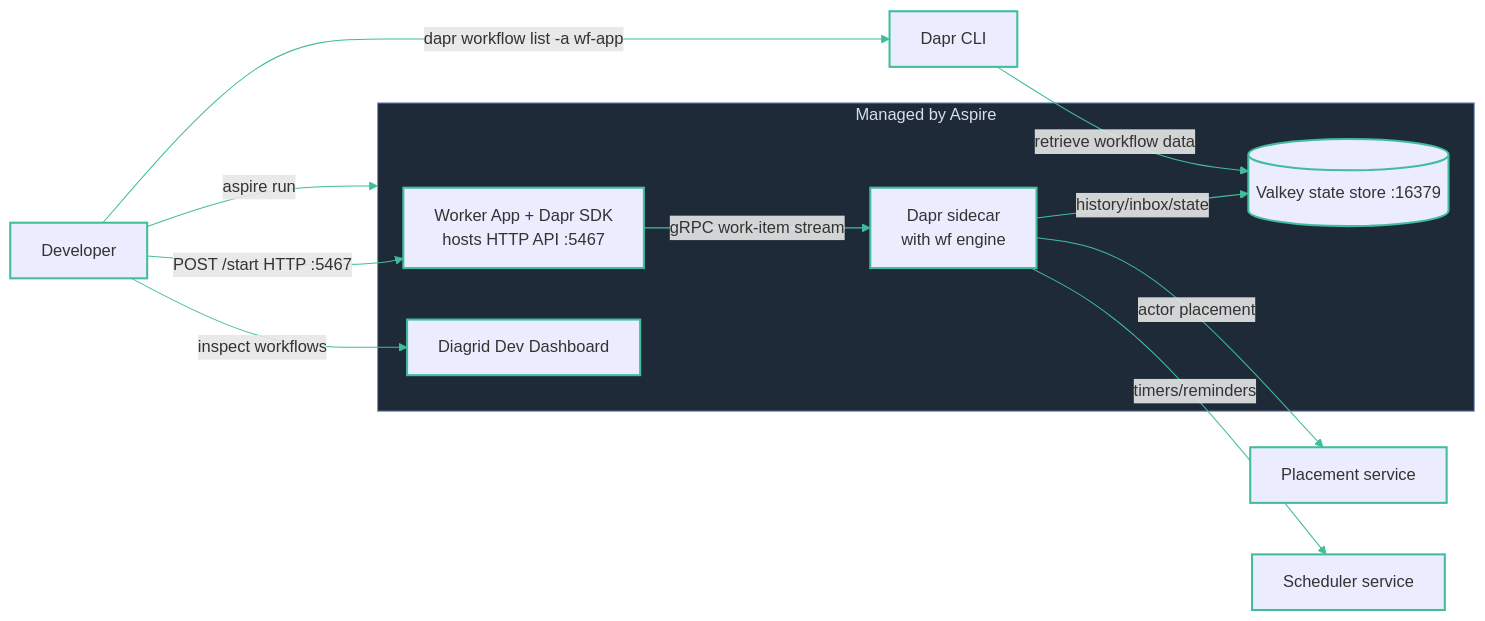
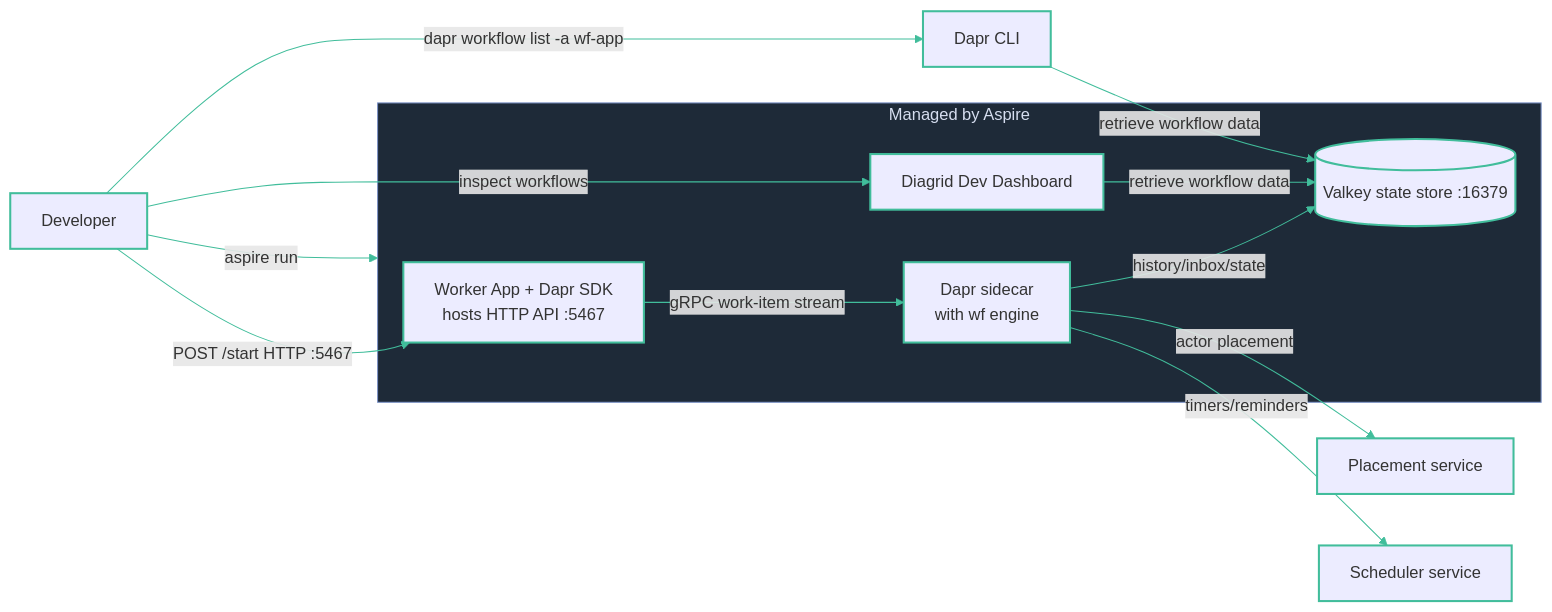
Before and after one commit to diagrid-labs/durable-execution-battle: the diagram in slides/05-demo/05-dapr-diagram.md, drawn with Mermaid. The commit also changed 6 other files, not shown here.

````diff
--- a/slides/05-demo/05-dapr-diagram.md
+++ b/slides/05-demo/05-dapr-diagram.md
@@ -3,20 +3,20 @@
 ```mermaid
 graph LR
   Dev[Developer] -->|aspire run| AspireManaged
   Dev -->|POST /start HTTP :5467| App
   Dev -->|dapr workflow list -a wf-app| CLI[Dapr CLI]
   Dev -->|inspect workflows| Dashboard
   subgraph AspireManaged[Managed by Aspire]
     App[Worker App + Dapr SDK
      hosts HTTP API :5467] -->|gRPC work-item stream| Sidecar[Dapr sidecar
      with wf engine]
     Sidecar -->|history/inbox/state| Store[(Valkey state store :16379)]
-    Dashboard[Diagrid Dev Dashboard]
+    Dashboard[Diagrid Dev Dashboard] -->|retrieve workflow data| Store
   end
   Sidecar -->|actor placement| Placement[Placement service]
   Sidecar -->|timers/reminders| Scheduler[Scheduler service]
   CLI -->|retrieve workflow data| Store
   classDef default stroke:#41bd9b,stroke-width:2px
   linkStyle default stroke:#41bd9b,stroke-width:1px
   style AspireManaged fill:#1e2a38,stroke:#7c93c7,stroke-width:1px,color:#d6def0
 ```
````
